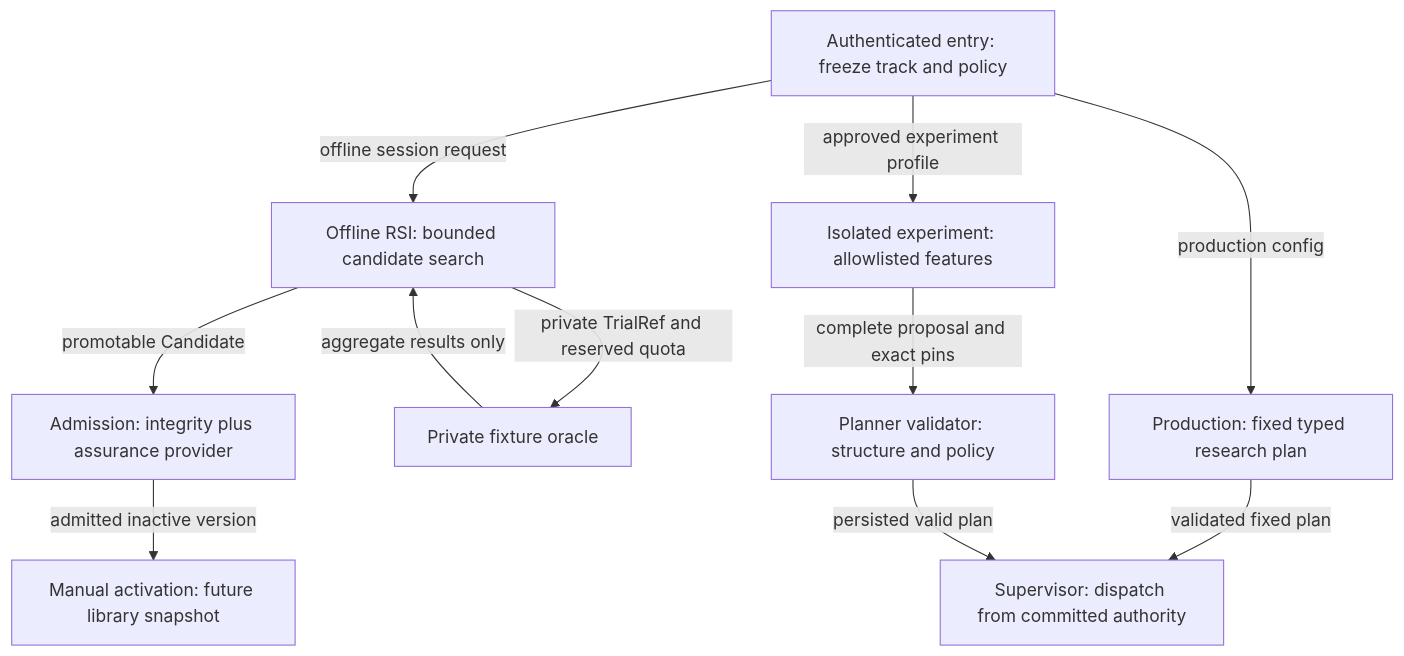
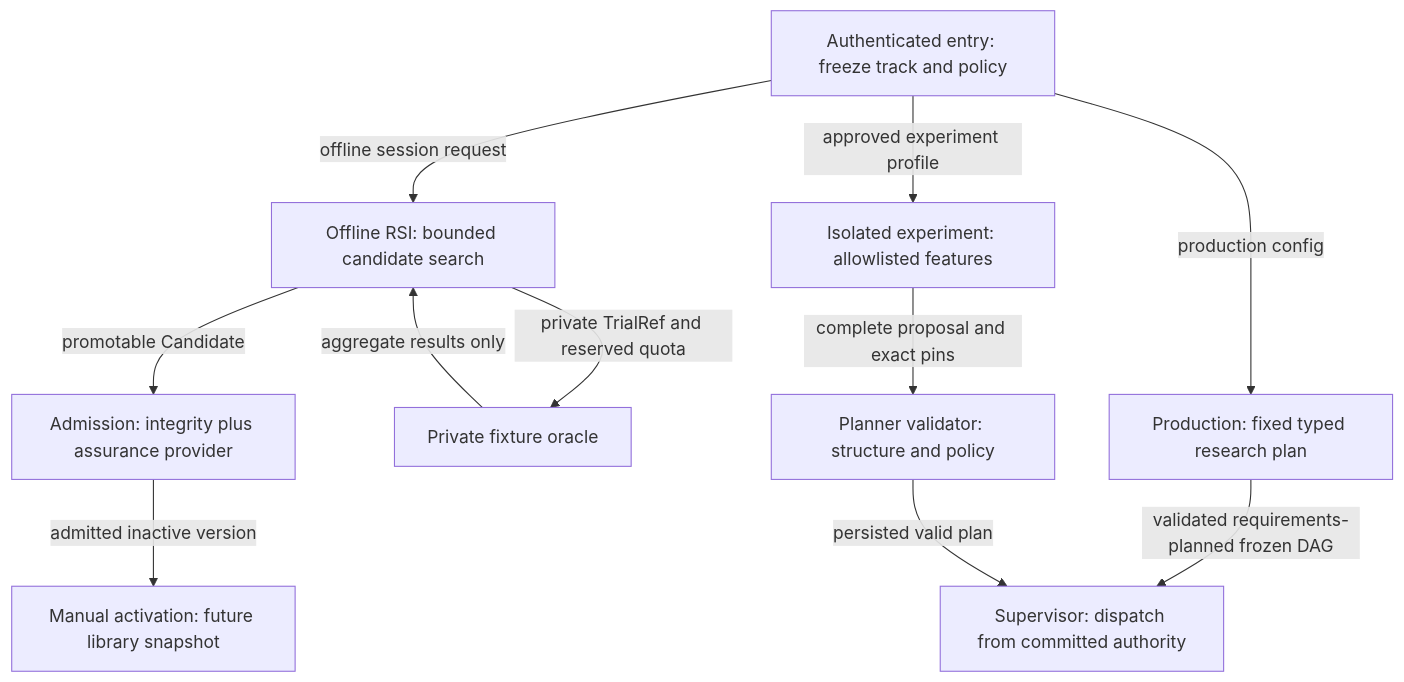
The fifth of 6 diagrams in docs/architecture/system/diagram-atlas.md (Stellven/jiuwenswarm), drawn with Mermaid before and after one commit. The commit also changed other lines of this file and 38 other files, not shown here.

Commit message:
Reconcile M1 information flow and Markdown around fixed preparation and planned DAG

````diff
--- a/docs/architecture/system/diagram-atlas.md
+++ b/docs/architecture/system/diagram-atlas.md
@@ -110,22 +123,22 @@
 ```mermaid
 flowchart TB
     E["Authenticated entry: freeze track and policy"]
     P["Production: fixed typed research plan"]
     R["Offline RSI: bounded candidate search"]
     X["Isolated experiment: allowlisted features"]
     O["Private fixture oracle"]
     A["Admission: integrity plus assurance provider"]
     L["Manual activation: future library snapshot"]
     V["Planner validator: structure and policy"]
     S["Supervisor: dispatch from committed authority"]
     E -->|"production config"| P
     E -->|"offline session request"| R
     E -->|"approved experiment profile"| X
-    P -->|"validated fixed plan"| S
+    P -->|"validated requirements-planned frozen DAG"| S
     R -->|"private TrialRef and reserved quota"| O
     O -->|"aggregate results only"| R
     R -->|"promotable Candidate"| A
     A -->|"admitted inactive version"| L
     X -->|"complete proposal and exact pins"| V
     V -->|"persisted valid plan"| S
 ```
````
